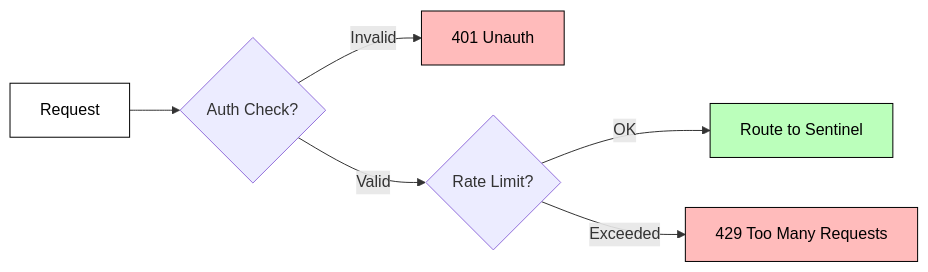
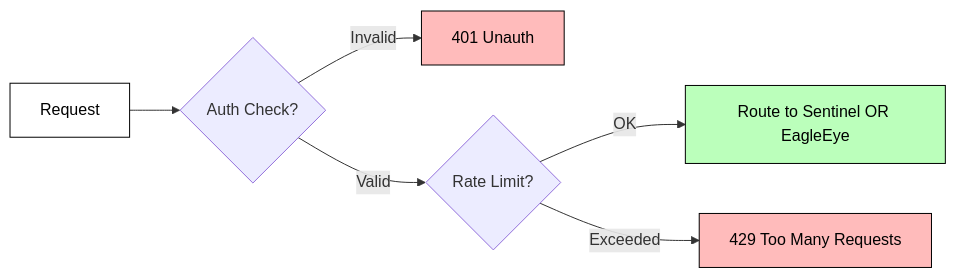
Before and after one commit to vaisu-bhut/ClestiqShield-AgentCore: the second of 4 diagrams in README.md, drawn with Mermaid. The commit also changed other lines of this file, not shown here.

````diff
--- a/README.md
+++ b/README.md
@@ -146,14 +146,14 @@
 ```mermaid
 graph LR
     Req[Request] --> Auth{Auth Check?}
     Auth -- Valid --> Limit{Rate Limit?}
     Auth -- Invalid --> 401[401 Unauth]
     
-    Limit -- OK --> Sentinel[Route to Sentinel]
+    Limit -- OK --> Sentinel[Route to Sentinel OR EagleEye]
     Limit -- Exceeded --> 429[429 Too Many Requests]
     
     style Req fill:#fff,stroke:#000,color:#000
     style 401 fill:#fbb,stroke:#000,color:#000
     style 429 fill:#fbb,stroke:#000,color:#000
     style Sentinel fill:#bfb,stroke:#000,color:#000
 ```
````
